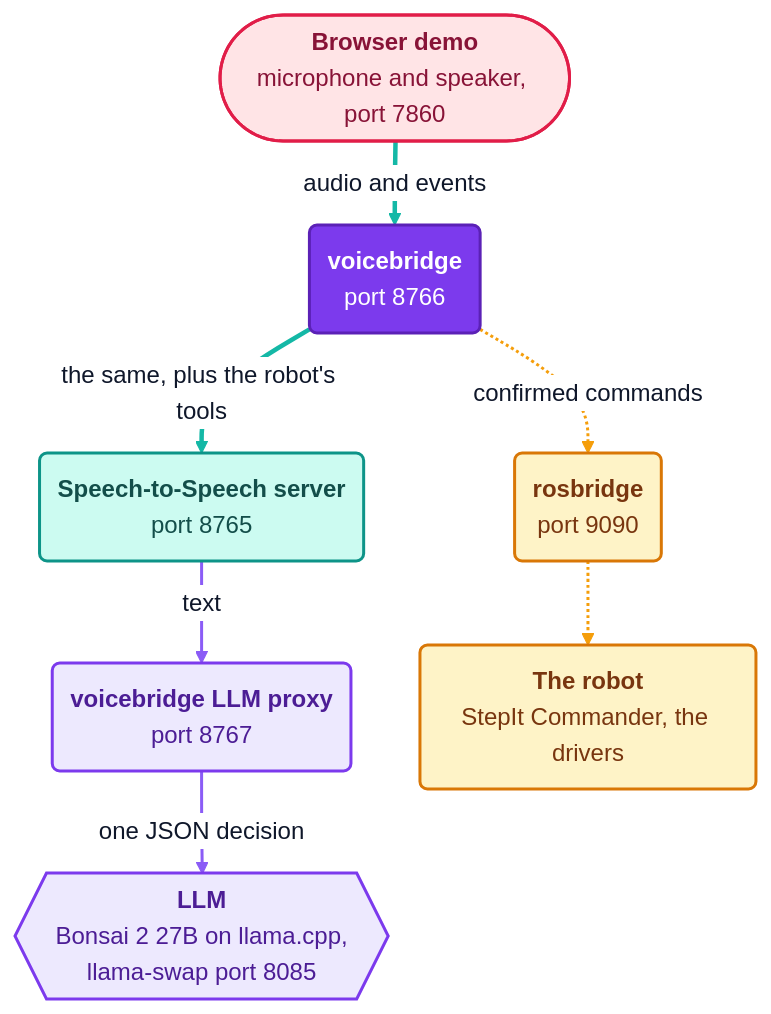
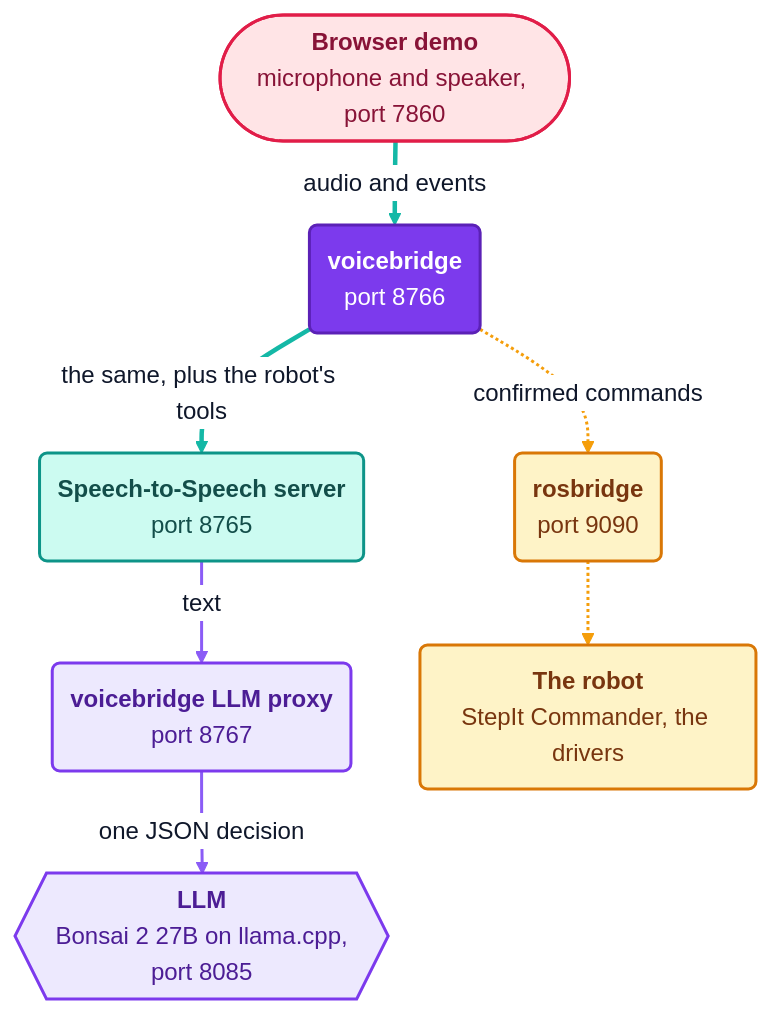
One commit to kineticsystem/stepit-speech changed the diagram in docs/diagrams/overview.mmd. Above: the diagram before and after it, drawn with Mermaid. The commit also changed 16 other files, not shown here.

First line of the commit message:
Run Bonsai on llama.cpp from the project, started with the bridge

```diff
--- a/docs/diagrams/overview.mmd
+++ b/docs/diagrams/overview.mmd
@@ -1,78 +1,78 @@
 ---
 config:
   theme: base
   fontFamily: "Arial, Helvetica, sans-serif"
   flowchart:
     curve: basis
     padding: 12
     nodeSpacing: 46
     rankSpacing: 32
     subGraphTitleMargin:
       top: 4
       bottom: 10
   class:
     padding: 10
   themeVariables:
     lineColor: "#94a3b8"
     textColor: "#64748b"
     primaryColor: "#f1f5f9"
     primaryBorderColor: "#64748b"
     primaryTextColor: "#0f172a"
     secondaryColor: "#f1f5f9"
     secondaryBorderColor: "#64748b"
     secondaryTextColor: "#0f172a"
     tertiaryColor: "#f1f5f9"
     tertiaryBorderColor: "#64748b"
     tertiaryTextColor: "#0f172a"
     mainBkg: "#f1f5f9"
     nodeBorder: "#64748b"
     nodeTextColor: "#0f172a"
     classText: "#0f172a"
     clusterBkg: "transparent"
     clusterBorder: "#94a3b8"
     titleColor: "#64748b"
     edgeLabelBackground: "#ffffff"
   themeCSS: >
     svg, .label, .nodeLabel, .edgeLabel, foreignObject div { font-family: Arial, Helvetica, sans-serif; }
     .node rect, .node polygon, .node path {
       filter: drop-shadow(0 3px 6px rgba(15, 23, 42, 0.18));
     }
     .node rect { rx: 14px; ry: 14px; }
     .cluster rect { rx: 18px; ry: 18px; }
     .edgeLabel, .edgeLabel p, .edgeLabel span {
       background: #ffffff; color: #475569; border-radius: 999px;
     }
     .edgeLabel p { padding: 3px 10px; }
     .labelBkg { background: transparent !important; fill: none !important; }
 ---
 flowchart TB
     Browser(["<b>Browser demo</b><br/>microphone and speaker, port 7860"])
     Bridge("<b>voicebridge</b><br/>port 8766")
     Speech("<b>Speech-to-Speech server</b><br/>port 8765")
     Proxy("<b>voicebridge LLM proxy</b><br/>port 8767")
-    LLM{{"<b>LLM</b><br/>Bonsai 2 27B on llama.cpp,<br/>llama-swap port 8085"}}
+    LLM{{"<b>LLM</b><br/>Bonsai 2 27B on llama.cpp,<br/>port 8085"}}
     Rosbridge("<b>rosbridge</b><br/>port 9090")
     Robot("<b>The robot</b><br/>StepIt Commander, the drivers")
 
     Browser == "audio and events" ==> Bridge
     Bridge == "the same, plus the robot's tools" ==> Speech
     Speech -- "text" --> Proxy
     Proxy -- "one JSON decision" --> LLM
     Bridge -. "confirmed commands" .-> Rosbridge
     Rosbridge -.-> Robot
 
     classDef human fill:#ffe4e6,stroke:#e11d48,stroke-width:2px,color:#881337
     classDef voice fill:#ccfbf1,stroke:#0d9488,stroke-width:2px,color:#134e4a
     classDef mind  fill:#ede9fe,stroke:#7c3aed,stroke-width:2px,color:#4c1d95
     classDef brain fill:#7c3aed,stroke:#5b21b6,stroke-width:2px,color:#ffffff
     classDef robot fill:#fef3c7,stroke:#d97706,stroke-width:2px,color:#78350f
 
     class Browser human
     class Speech voice
     class Bridge brain
     class Proxy,LLM mind
     class Rosbridge,Robot robot
 
     linkStyle 0,1 stroke:#14b8a6,stroke-width:3px
     linkStyle 2,3 stroke:#8b5cf6,stroke-width:2px
     linkStyle 4,5 stroke:#f59e0b,stroke-width:2px
```
